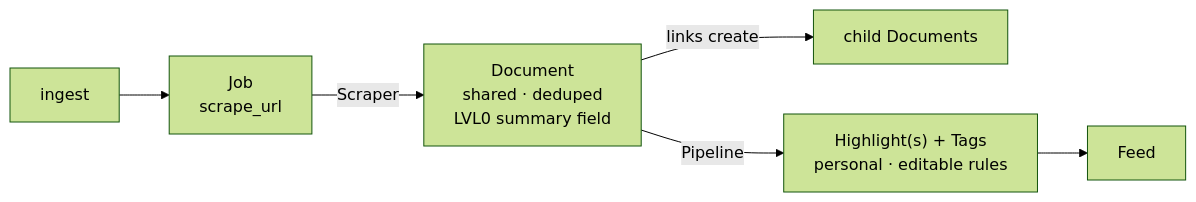
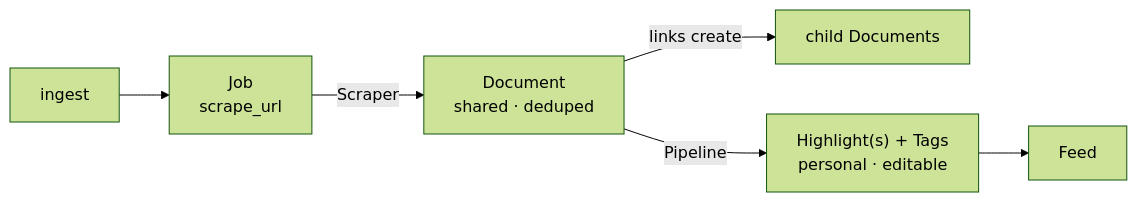
The second of 2 diagrams in ARCHITECTURE.md (symunona/samizdat), drawn with Mermaid (forest theme) before and after one commit. The commit also changed other lines of this file and 51 other files, not shown here.

````diff
--- a/ARCHITECTURE.md
+++ b/ARCHITECTURE.md
@@ -33,8 +34,8 @@
 ```mermaid
 flowchart LR
     Ingest[ingest] --> Job["Job\nscrape_url"]
-    Job -->|Scraper| Doc["Document\nshared · deduped\nLVL0 summary field"]
+    Job -->|Scraper| Doc["Document\nshared · deduped"]
     Doc -->|"links create"| ChildDoc["child Documents"]
-    Doc -->|Pipeline| HL["Highlight(s) + Tags\npersonal · editable rules"]
+    Doc -->|Pipeline| HL["Highlight(s) + Tags\npersonal · editable"]
     HL --> Feed
 ```
````
